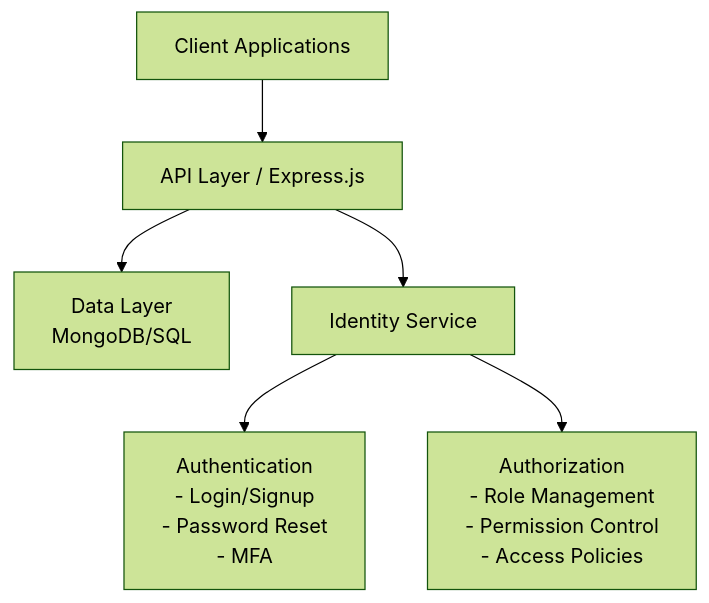
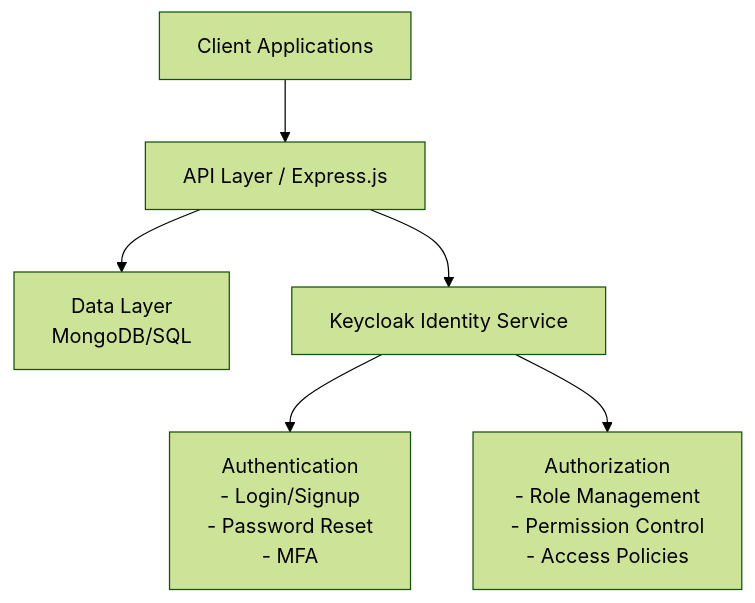
The diagram in docs/architecture/planes/experience-plane/platform-services/USER_MANAGEMENT.md (kennethteo/custom-build-platform), drawn with Mermaid (forest theme) before and after one commit. The commit also changed other lines of this file and 1 other file, not shown here.

Commit message:
feat: Update USER_MANAGEMENT.md to integrate Keycloak as the identity provider and enhance architecture details

````diff
--- a/docs/architecture/planes/experience-plane/platform-services/USER_MANAGEMENT.md
+++ b/docs/architecture/planes/experience-plane/platform-services/USER_MANAGEMENT.md
@@ -11,9 +11,8 @@
 ```mermaid
 flowchart TD
   A[Client Applications] --> B[API Layer / Express.js]
   B --> C[Data Layer<br/> MongoDB/SQL]
-  B --> D[Identity Service]
+  B --> D[Keycloak Identity Service]
   D --> E[Authentication<br/>- Login/Signup<br/>- Password Reset<br/>- MFA]
   D --> F[Authorization<br/>- Role Management<br/>- Permission Control<br/>- Access Policies]
-
 ```
````
